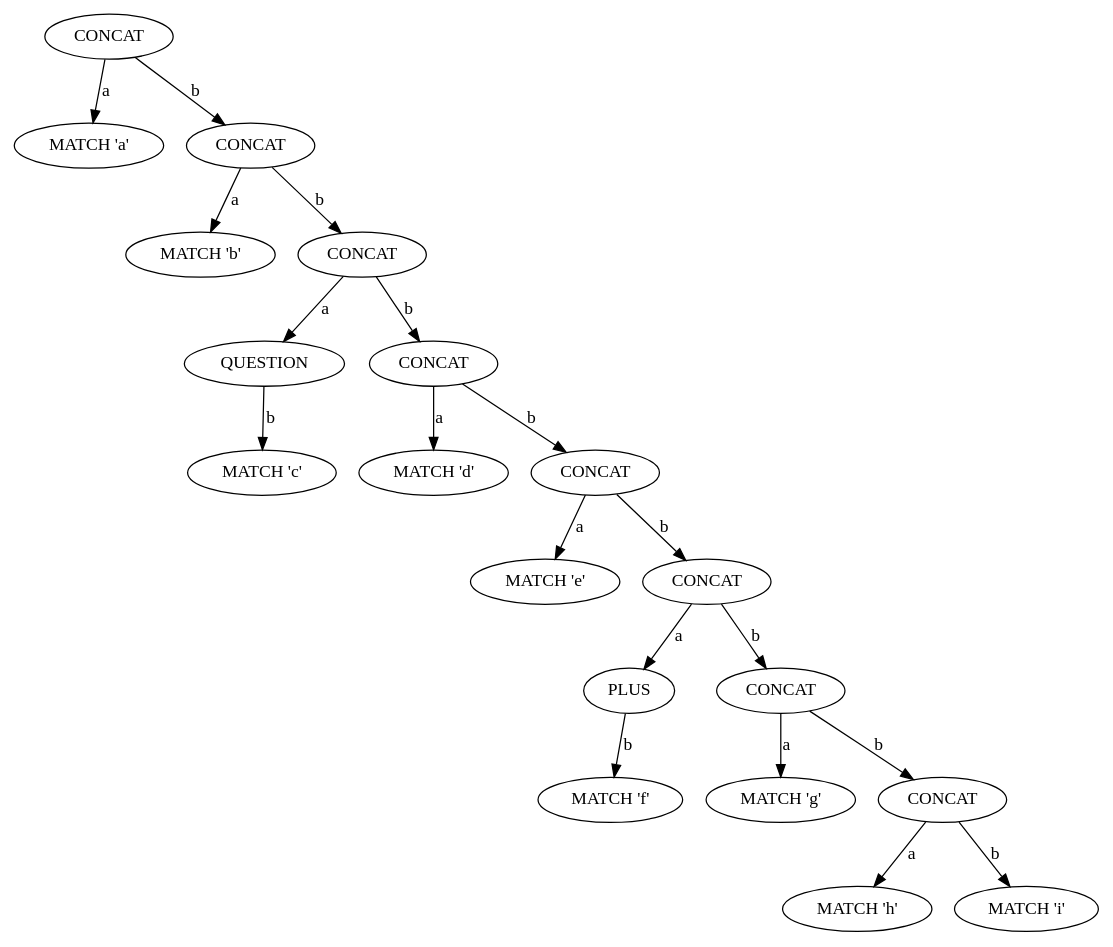
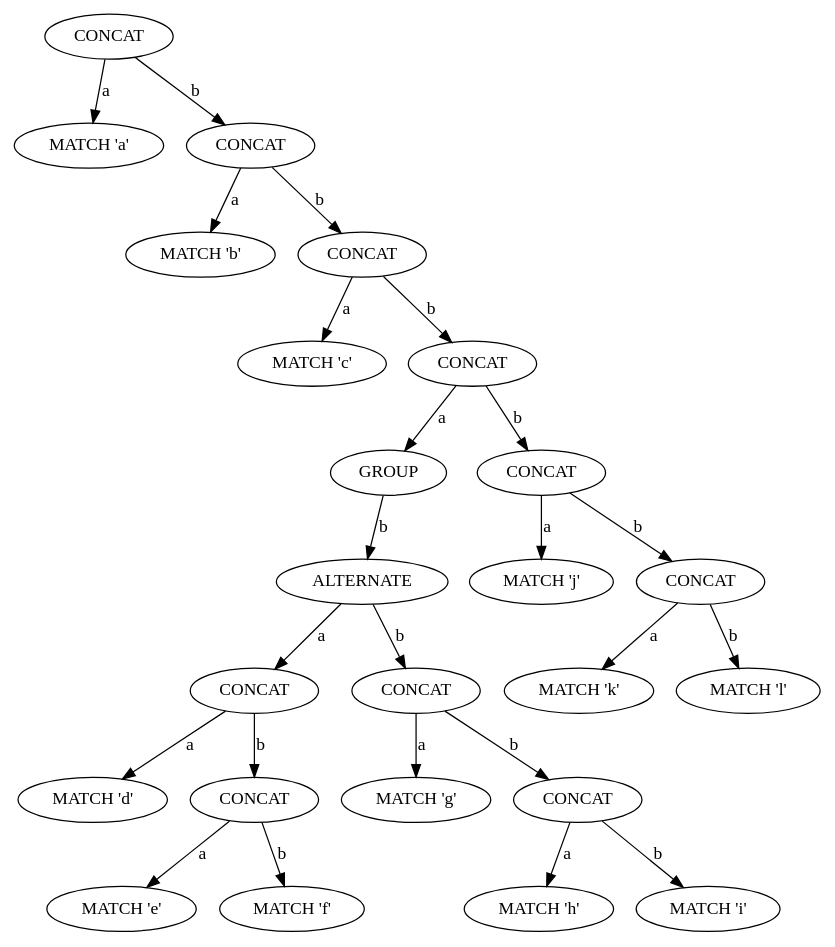
Before and after one commit to essele/rele: the diagram in tree.dot, drawn with Graphviz. The commit also changed 3 other files, not shown here.

```diff
--- a/tree.dot
+++ b/tree.dot
@@ -1,39 +1,49 @@
 digraph tree {
-    n0xb59d8c245320 [label="CONCAT"];
-    n0xb59d8c245320 -> n0xb59d8c2452c0 [label="a"];
-    n0xb59d8c2452c0 [label="MATCH 'a'"];
-    n0xb59d8c245320 -> n0xb59d8c245380 [label="b"];
-    n0xb59d8c245380 [label="CONCAT"];
-    n0xb59d8c245380 -> n0xb59d8c2452f0 [label="a"];
-    n0xb59d8c2452f0 [label="MATCH 'b'"];
-    n0xb59d8c245380 -> n0xb59d8c245410 [label="b"];
-    n0xb59d8c245410 [label="CONCAT"];
-    n0xb59d8c245410 -> n0xb59d8c2453b0 [label="a"];
-    n0xb59d8c2453b0 [label="QUESTION"];
-    n0xb59d8c2453b0 -> n0xb59d8c245350 [label="b"];
-    n0xb59d8c245350 [label="MATCH 'c'"];
-    n0xb59d8c245410 -> n0xb59d8c245470 [label="b"];
-    n0xb59d8c245470 [label="CONCAT"];
-    n0xb59d8c245470 -> n0xb59d8c2453e0 [label="a"];
-    n0xb59d8c2453e0 [label="MATCH 'd'"];
-    n0xb59d8c245470 -> n0xb59d8c2454d0 [label="b"];
-    n0xb59d8c2454d0 [label="CONCAT"];
-    n0xb59d8c2454d0 -> n0xb59d8c245440 [label="a"];
-    n0xb59d8c245440 [label="MATCH 'e'"];
-    n0xb59d8c2454d0 -> n0xb59d8c245560 [label="b"];
-    n0xb59d8c245560 [label="CONCAT"];
-    n0xb59d8c245560 -> n0xb59d8c245500 [label="a"];
-    n0xb59d8c245500 [label="PLUS"];
-    n0xb59d8c245500 -> n0xb59d8c2454a0 [label="b"];
-    n0xb59d8c2454a0 [label="MATCH 'f'"];
-    n0xb59d8c245560 -> n0xb59d8c2455c0 [label="b"];
-    n0xb59d8c2455c0 [label="CONCAT"];
-    n0xb59d8c2455c0 -> n0xb59d8c245530 [label="a"];
-    n0xb59d8c245530 [label="MATCH 'g'"];
-    n0xb59d8c2455c0 -> n0xb59d8c245620 [label="b"];
-    n0xb59d8c245620 [label="CONCAT"];
-    n0xb59d8c245620 -> n0xb59d8c245590 [label="a"];
-    n0xb59d8c245590 [label="MATCH 'h'"];
-    n0xb59d8c245620 -> n0xb59d8c2455f0 [label="b"];
-    n0xb59d8c2455f0 [label="MATCH 'i'"];
+    n0xad43f03bc320 [label="CONCAT"];
+    n0xad43f03bc320 -> n0xad43f03bc2c0 [label="a"];
+    n0xad43f03bc2c0 [label="MATCH 'a'"];
+    n0xad43f03bc320 -> n0xad43f03bc380 [label="b"];
+    n0xad43f03bc380 [label="CONCAT"];
+    n0xad43f03bc380 -> n0xad43f03bc2f0 [label="a"];
+    n0xad43f03bc2f0 [label="MATCH 'b'"];
+    n0xad43f03bc380 -> n0xad43f03bc3e0 [label="b"];
+    n0xad43f03bc3e0 [label="CONCAT"];
+    n0xad43f03bc3e0 -> n0xad43f03bc350 [label="a"];
+    n0xad43f03bc350 [label="MATCH 'c'"];
+    n0xad43f03bc3e0 -> n0xad43f03bc650 [label="b"];
+    n0xad43f03bc650 [label="CONCAT"];
+    n0xad43f03bc650 -> n0xad43f03bc3b0 [label="a"];
+    n0xad43f03bc3b0 [label="GROUP"];
+    n0xad43f03bc3b0 -> n0xad43f03bc500 [label="b"];
+    n0xad43f03bc500 [label="ALTERNATE"];
+    n0xad43f03bc500 -> n0xad43f03bc470 [label="a"];
+    n0xad43f03bc470 [label="CONCAT"];
+    n0xad43f03bc470 -> n0xad43f03bc410 [label="a"];
+    n0xad43f03bc410 [label="MATCH 'd'"];
+    n0xad43f03bc470 -> n0xad43f03bc4d0 [label="b"];
+    n0xad43f03bc4d0 [label="CONCAT"];
+    n0xad43f03bc4d0 -> n0xad43f03bc440 [label="a"];
+    n0xad43f03bc440 [label="MATCH 'e'"];
+    n0xad43f03bc4d0 -> n0xad43f03bc4a0 [label="b"];
+    n0xad43f03bc4a0 [label="MATCH 'f'"];
+    n0xad43f03bc500 -> n0xad43f03bc590 [label="b"];
+    n0xad43f03bc590 [label="CONCAT"];
+    n0xad43f03bc590 -> n0xad43f03bc530 [label="a"];
+    n0xad43f03bc530 [label="MATCH 'g'"];
+    n0xad43f03bc590 -> n0xad43f03bc5f0 [label="b"];
+    n0xad43f03bc5f0 [label="CONCAT"];
+    n0xad43f03bc5f0 -> n0xad43f03bc560 [label="a"];
+    n0xad43f03bc560 [label="MATCH 'h'"];
+    n0xad43f03bc5f0 -> n0xad43f03bc5c0 [label="b"];
+    n0xad43f03bc5c0 [label="MATCH 'i'"];
+    n0xad43f03bc650 -> n0xad43f03bc6b0 [label="b"];
+    n0xad43f03bc6b0 [label="CONCAT"];
+    n0xad43f03bc6b0 -> n0xad43f03bc620 [label="a"];
+    n0xad43f03bc620 [label="MATCH 'j'"];
+    n0xad43f03bc6b0 -> n0xad43f03bc710 [label="b"];
+    n0xad43f03bc710 [label="CONCAT"];
+    n0xad43f03bc710 -> n0xad43f03bc680 [label="a"];
+    n0xad43f03bc680 [label="MATCH 'k'"];
+    n0xad43f03bc710 -> n0xad43f03bc6e0 [label="b"];
+    n0xad43f03bc6e0 [label="MATCH 'l'"];
 }
```
